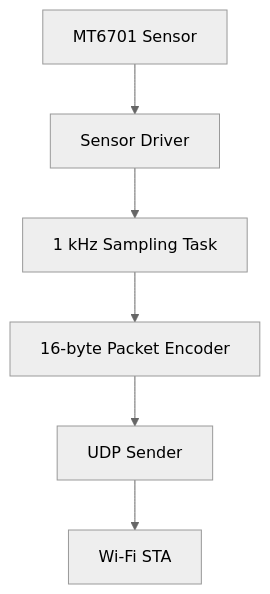
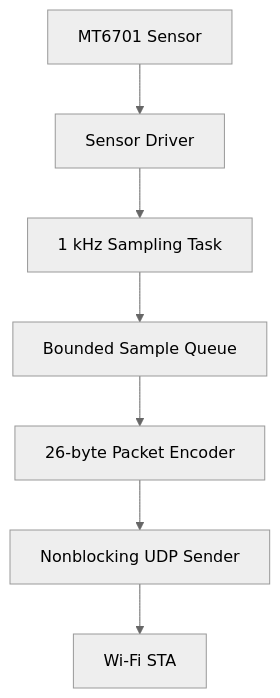
The second of 4 diagrams in docs/architecture.md (Neko-vecter/inverted-pendulum-sensor), drawn with Mermaid (neutral theme) before and after one commit. The commit also changed other lines of this file and 13 other files, not shown here.

````diff
--- a/docs/architecture.md
+++ b/docs/architecture.md
@@ -46,15 +46,17 @@
 ```mermaid
 flowchart TD
     Sensor["MT6701 Sensor"]
     Driver["Sensor Driver"]
     Sampler["1 kHz Sampling Task"]
-    Encoder["16-byte Packet Encoder"]
-    Sender["UDP Sender"]
+    Queue["Bounded Sample Queue"]
+    Encoder["26-byte Packet Encoder"]
+    Sender["Nonblocking UDP Sender"]
     WiFi["Wi-Fi STA"]
 
     Sensor --> Driver
     Driver --> Sampler
-    Sampler --> Encoder
+    Sampler --> Queue
+    Queue --> Encoder
     Encoder --> Sender
     Sender --> WiFi
 ```
````
